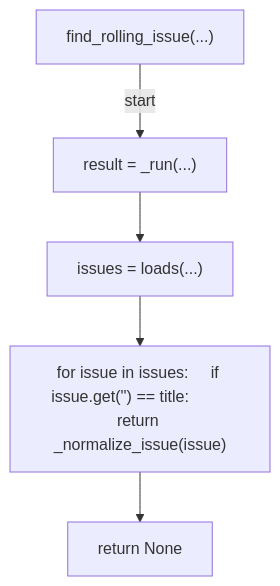
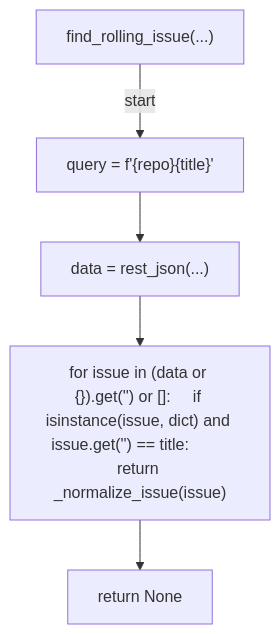
Before and after one commit to tvna/claude-md: the tenth of 25 diagrams in docs/generated/scripts/ast/branch_cleanup.md, drawn with Mermaid. The commit also changed other lines of this file and 15 other files, not shown here.

First line of the commit message:
docs(generated): regenerate decision tree and workflow diagrams

````diff
--- a/docs/generated/scripts/ast/branch_cleanup.md
+++ b/docs/generated/scripts/ast/branch_cleanup.md
@@ -123,12 +138,12 @@
 ```mermaid
 flowchart TD
     N001["find_rolling_issue(...)"]
-    N002["result = _run(...)"]
-    N003["issues = loads(...)"]
-    N004["for issue in issues:     if issue.get('<str>') == title:         return _normalize_issue(issue)"]
+    N002["query = f'<str>{repo}<str>{title}<str>'"]
+    N003["data = rest_json(...)"]
+    N004["for issue in (data or {}).get('<str>') or []:     if isinstance(issue, dict) and issue.get('<str>') == title:         return _normalize_issue(issue)"]
     N005["return None"]
     N001 -->|"start"| N002
     N002 --> N003
     N003 --> N004
     N004 --> N005
 ```
````
